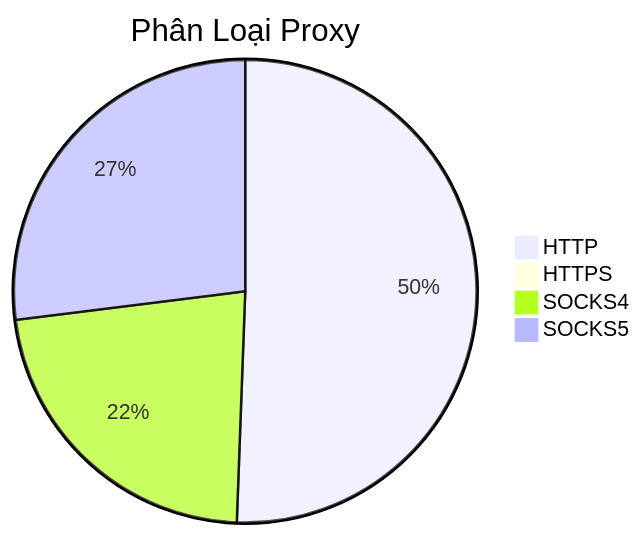
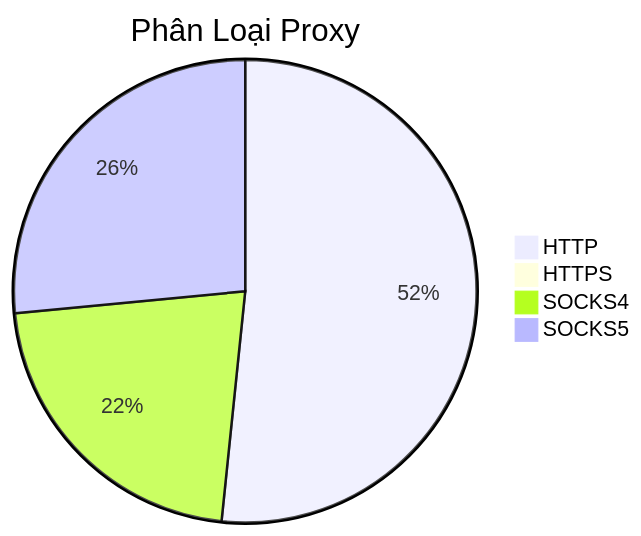
Before and after one commit to Ciara-Aa/PROXY-free: the diagram in README.md, drawn with Mermaid. The commit also changed other lines of this file and 4 other files, not shown here.

````diff
--- a/README.md
+++ b/README.md
@@ -26,7 +26,7 @@
 ```mermaid
 pie title Phân Loại Proxy
-    "HTTP" : 435
-    "HTTPS" : 4
-    "SOCKS4" : 193
-    "SOCKS5" : 232
+    "HTTP" : 442
+    "HTTPS" : 2
+    "SOCKS4" : 187
+    "SOCKS5" : 227
 ```
````
